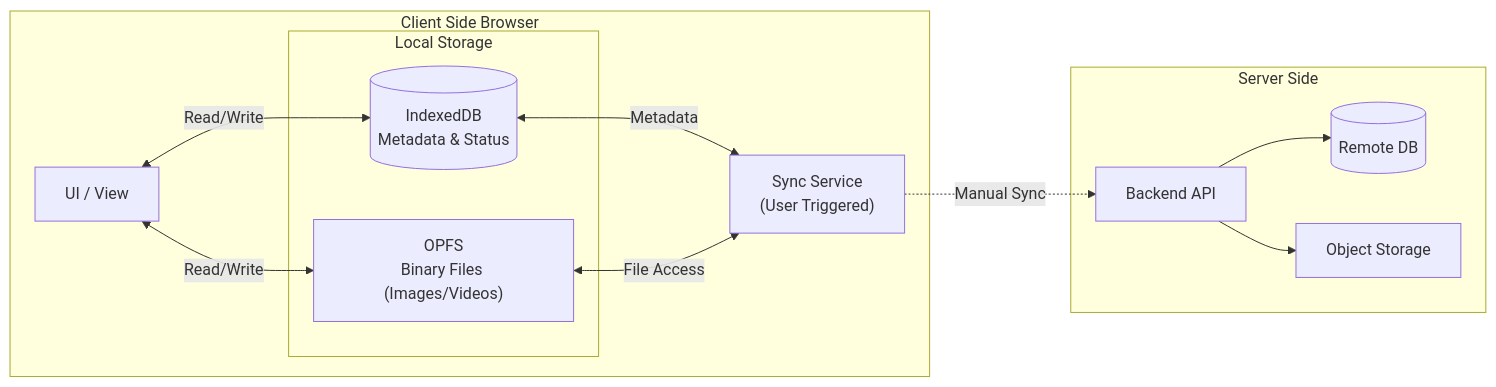
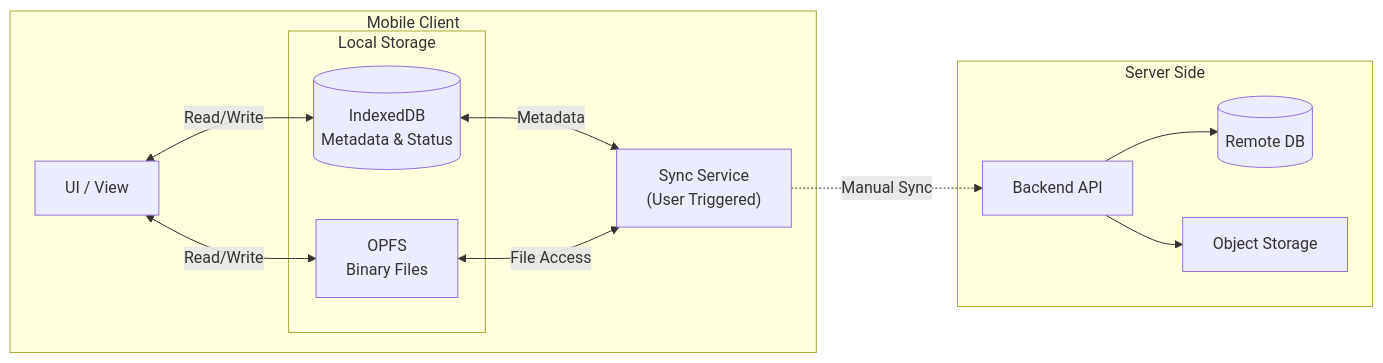
The first of 3 diagrams in README.md (funayamateppei/local_bridge), drawn with Mermaid before and after one commit. The commit also changed other lines of this file and 20 other files, not shown here.

````diff
--- a/README.md
+++ b/README.md
@@ -79,26 +83,25 @@
 ```mermaid
 graph LR
-    subgraph Client [Client Side Browser]
+    subgraph Client [Mobile Client]
         UI[UI / View]
         subgraph LocalData [Local Storage]
             IDB[("IndexedDB<br/>Metadata & Status")]
-            OPFS["OPFS<br/>Binary Files (Images/Videos)"]
+            OPFS["OPFS<br/>Binary Files"]
         end
         Sync["Sync Service<br/>(User Triggered)"]
     end
 
     subgraph Server [Server Side]
         API[Backend API]
         DB[("Remote DB")]
         Storage[Object Storage]
     end
 
-    %% Data Flow
     UI <--> |Read/Write| IDB
     UI <--> |Read/Write| OPFS
     IDB <--> |Metadata| Sync
     OPFS <--> |File Access| Sync
     Sync -.-> |Manual Sync| API
     API --> DB
     API --> Storage
 ```
````
